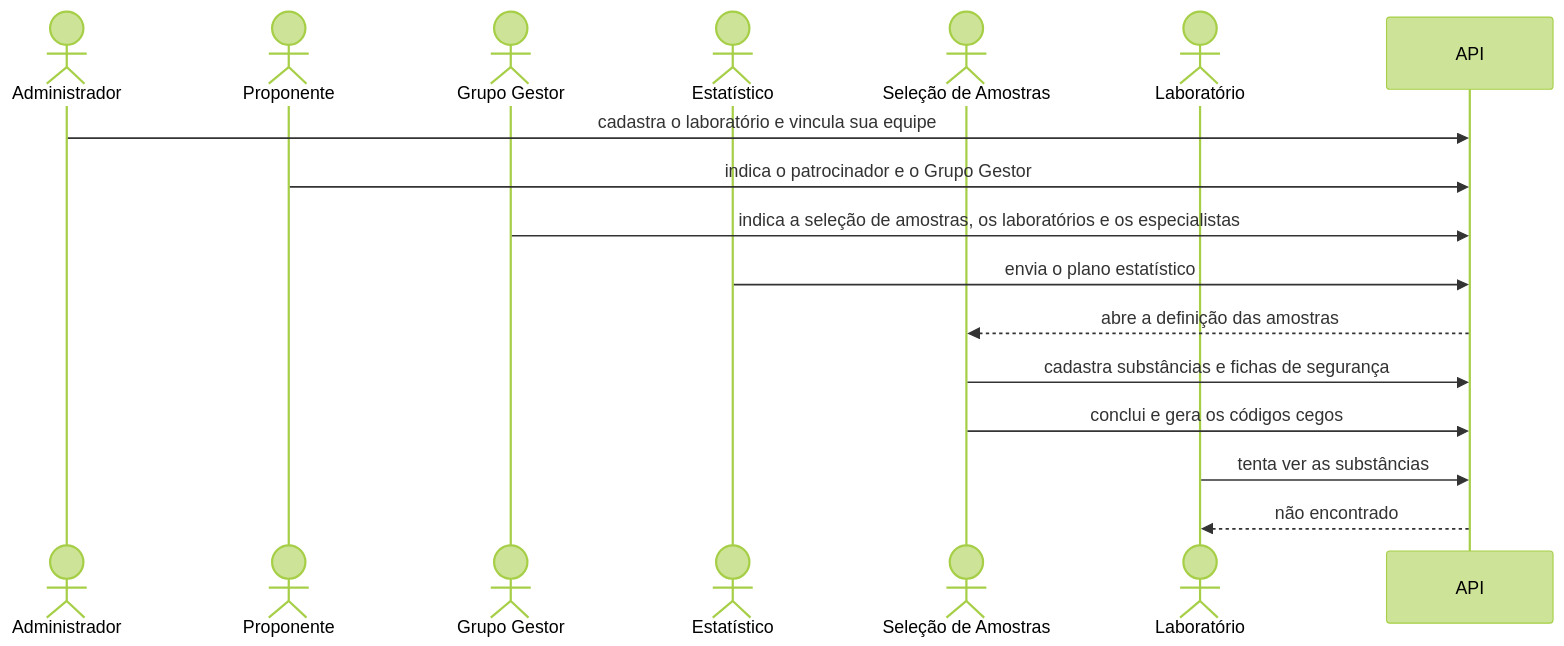
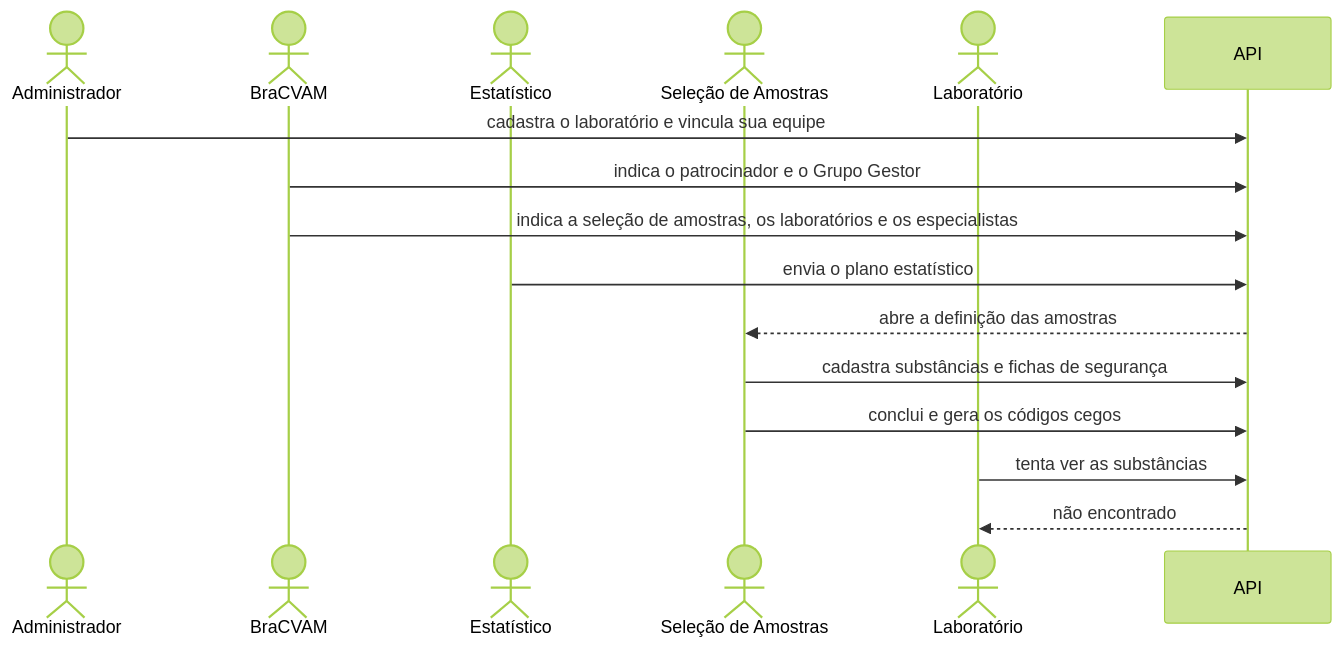
One commit to pivma-bracvam/pivma-back changed the diagram in manual/tutorial/equipe-e-amostras.md. Above: the diagram before and after it, drawn with Mermaid (forest theme). The commit also changed other lines of this file and 35 other files, not shown here.

First line of the commit message:
feat(participants): BraCVAM designa todos os cargos da Fase 2

````diff
--- a/manual/tutorial/equipe-e-amostras.md
+++ b/manual/tutorial/equipe-e-amostras.md
@@ -9,19 +9,18 @@
 ```mermaid
 sequenceDiagram
     actor A as Administrador
-    actor P as Proponente
-    actor G as Grupo Gestor
+    actor B as BraCVAM
     actor E as Estatístico
     actor S as Seleção de Amostras
     actor L as Laboratório
     participant API
     A->>API: cadastra o laboratório e vincula sua equipe
-    P->>API: indica o patrocinador e o Grupo Gestor
-    G->>API: indica a seleção de amostras, os laboratórios e os especialistas
+    B->>API: indica o patrocinador e o Grupo Gestor
+    B->>API: indica a seleção de amostras, os laboratórios e os especialistas
     E->>API: envia o plano estatístico
     API-->>S: abre a definição das amostras
     S->>API: cadastra substâncias e fichas de segurança
     S->>API: conclui e gera os códigos cegos
     L->>API: tenta ver as substâncias
     API-->>L: não encontrado
 ```
````
